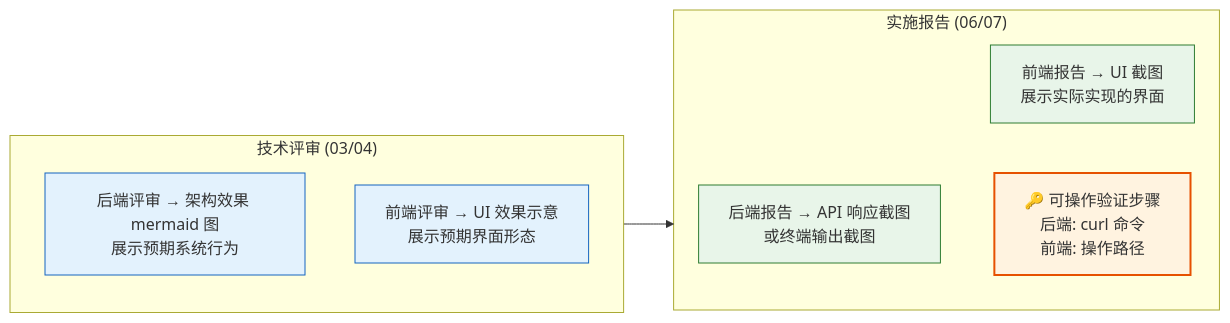
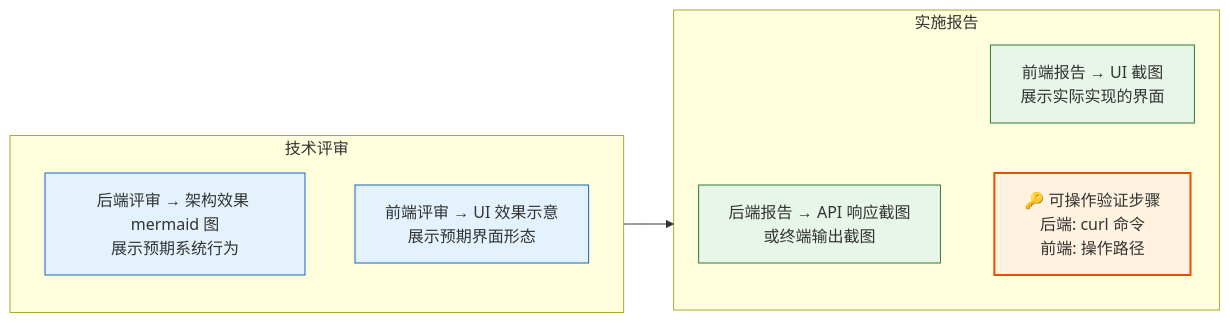
One commit to effiy/YrY changed the eighth of 11 diagrams in rules/doc-generation.md. Above: the diagram before and after it, drawn with Mermaid. The commit also changed other lines of this file and 90 other files, not shown here.

````diff
--- a/rules/doc-generation.md
+++ b/rules/doc-generation.md
@@ -250,17 +250,17 @@
 ```mermaid
 flowchart LR
-    subgraph 评审["技术评审 (03/04)"]
+    subgraph 评审["技术评审"]
         R1["后端评审 → 架构效果 mermaid 图<br/>展示预期系统行为"]:::review
         R2["前端评审 → UI 效果示意<br/>展示预期界面形态"]:::review
     end
-    subgraph 报告["实施报告 (06/07)"]
+    subgraph 报告["实施报告"]
         P1["后端报告 → API 响应截图<br/>或终端输出截图"]:::report
         P2["前端报告 → UI 截图<br/>展示实际实现的界面"]:::report
         P3["🔑 可操作验证步骤<br/>后端: curl 命令<br/>前端: 操作路径"]:::must
     end
     评审 --> 报告 --> P3
 
     classDef review fill:#e3f2fd,stroke:#1565c0;
     classDef report fill:#e8f5e9,stroke:#2e7d32;
     classDef must fill:#fff3e0,stroke:#e65100,stroke-width:2px;
 ```
````
